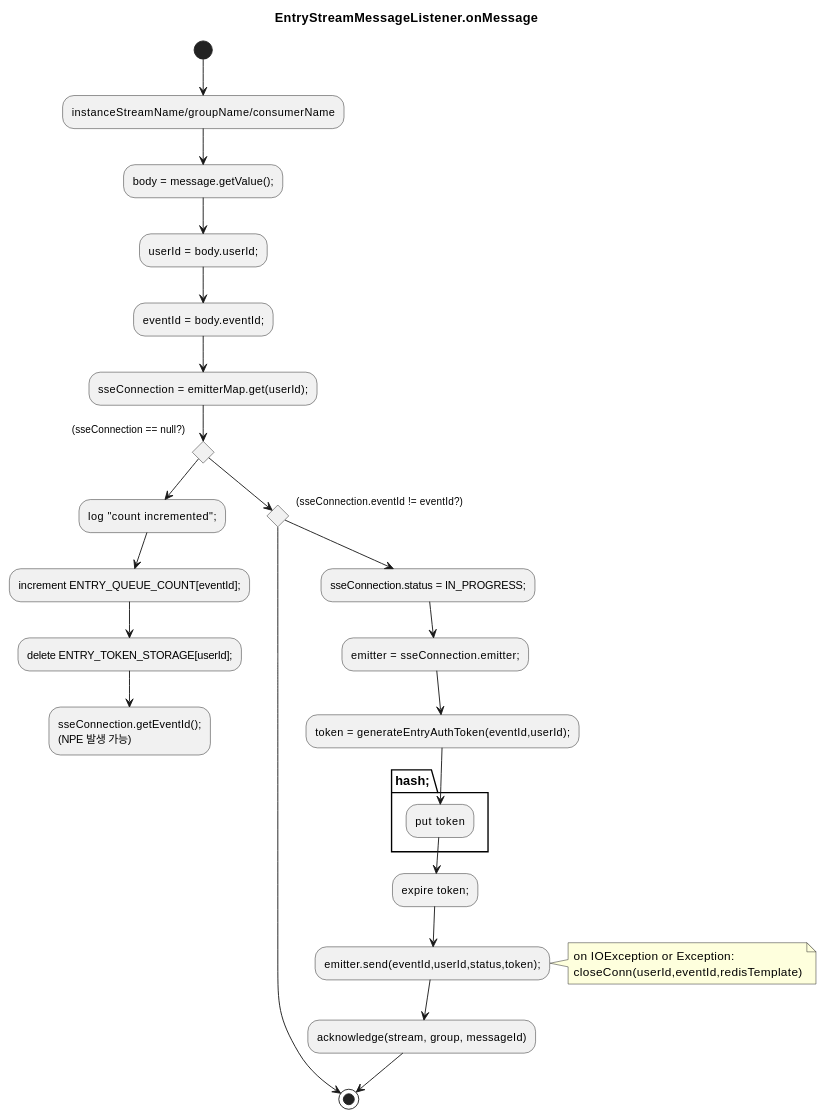
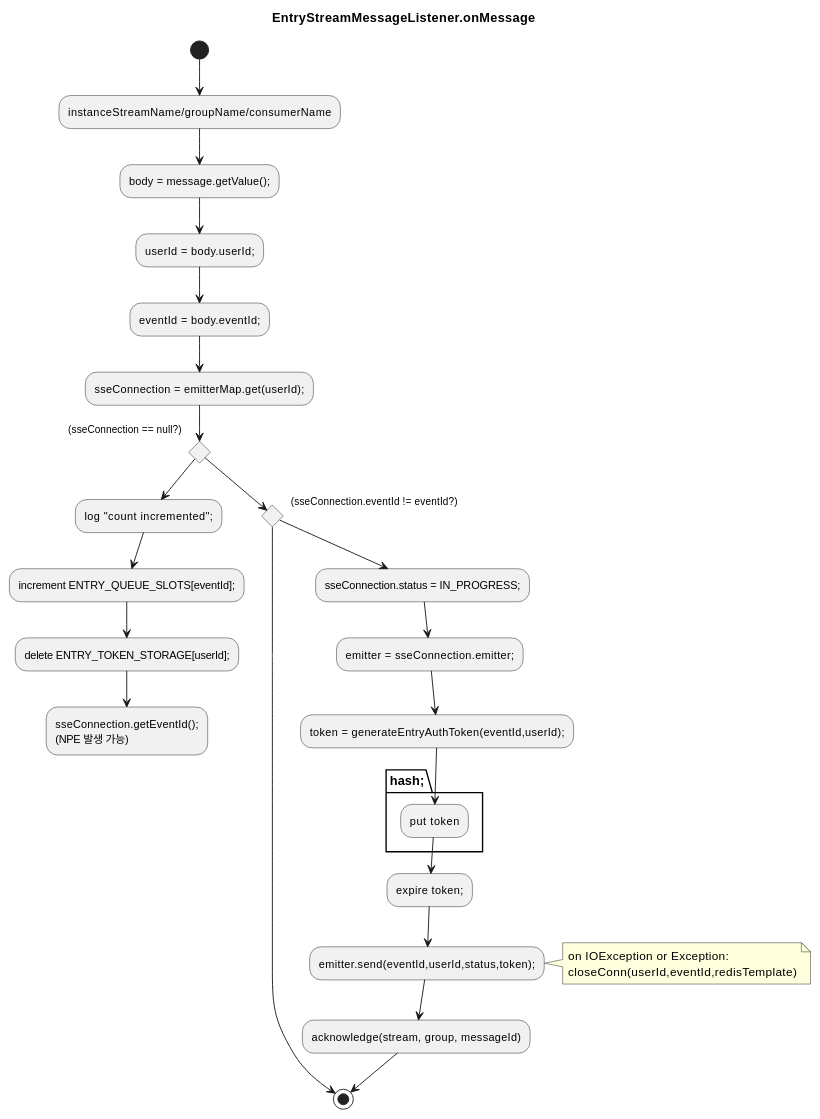
Before and after one commit to omegafrog/ticketon-DDD: the diagram in docs/troubleshooting/entry-dispatch-sse-null-ack.md, drawn with PlantUML. The commit also changed 22 other files, not shown here.

````diff
--- a/docs/troubleshooting/entry-dispatch-sse-null-ack.md
+++ b/docs/troubleshooting/entry-dispatch-sse-null-ack.md
@@ -26,37 +26,37 @@
 ```plantuml
 @startuml
 title EntryStreamMessageListener.onMessage
 
 (*) --> instanceStreamName/groupName/consumerName
 -->body = message.getValue();
 -->userId = body.userId;
 -->eventId = body.eventId;
 -->sseConnection = emitterMap.get(userId);
 
 if (sseConnection == null?) then 
   -->log "count incremented";
-  -->increment ENTRY_QUEUE_COUNT[eventId];
+  -->increment ENTRY_QUEUE_SLOTS[eventId];
   -->delete ENTRY_TOKEN_STORAGE[userId];
   -->sseConnection.getEventId();\n(NPE 발생 가능)
 else
   if (sseConnection.eventId != eventId?) then
   --> (*)
   else 
     -->sseConnection.status = IN_PROGRESS;
     -->emitter = sseConnection.emitter;
     -->token = generateEntryAuthToken(eventId,userId);
     -->put token in hash;
     -->expire token;
 
     -->emitter.send(eventId,userId,status,token);
     note right
       on IOException or Exception:
       closeConn(userId,eventId,redisTemplate)
     end note
 
     -->acknowledge(stream, group, messageId)
     -->(*)
   endif
   
 @enduml
 ```
````
